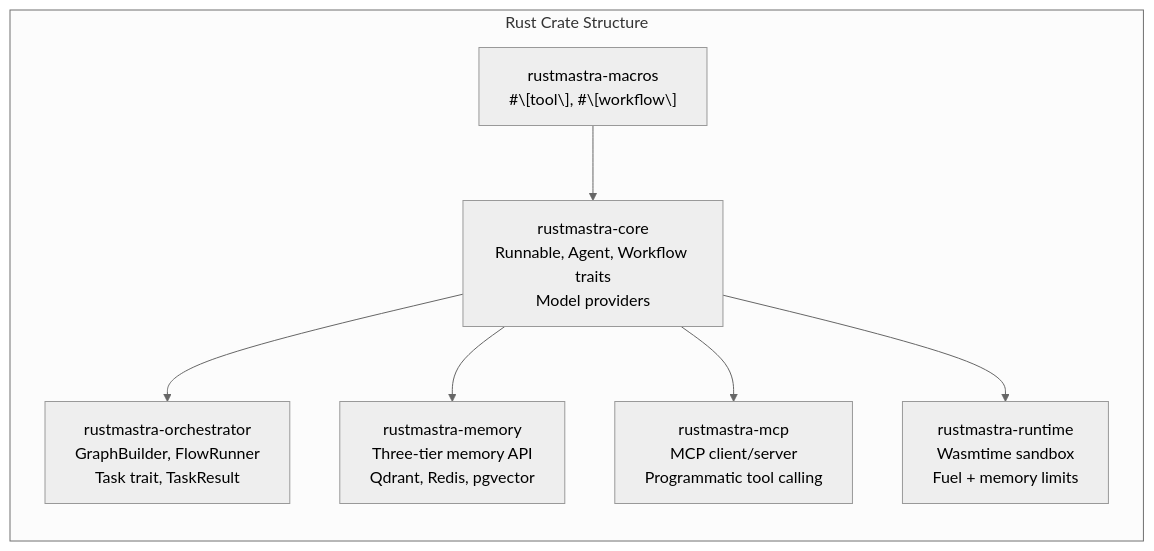
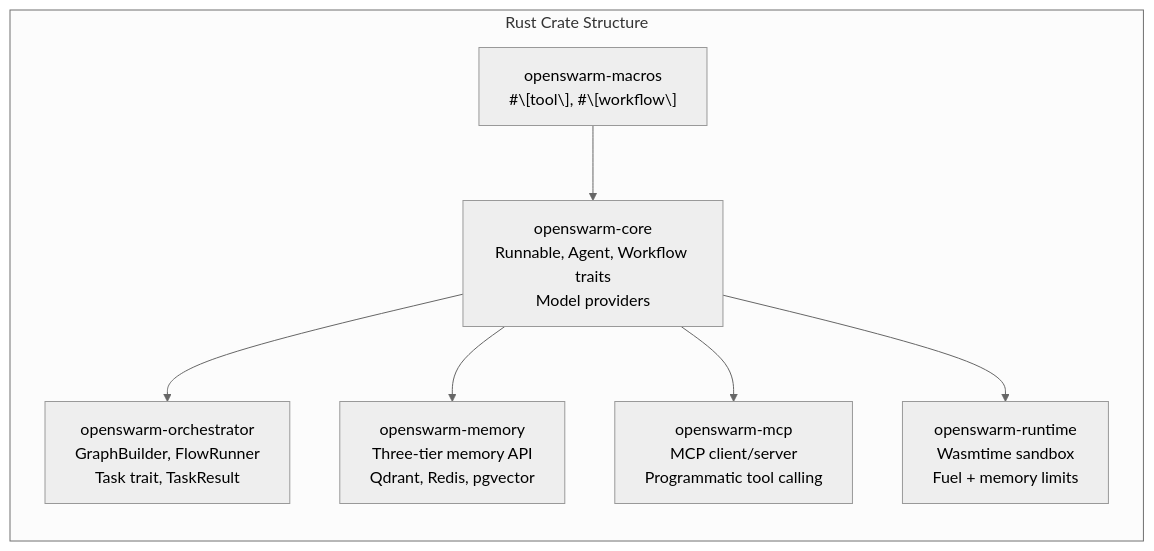
Before and after one commit to Van-Nice/van-swarm: the second of 3 diagrams in documentation/framework/workflows/01-overview-architecture.md, drawn with Mermaid (neutral theme). The commit also changed other lines of this file and 80 other files, not shown here.

````diff
--- a/documentation/framework/workflows/01-overview-architecture.md
+++ b/documentation/framework/workflows/01-overview-architecture.md
@@ -35,17 +35,17 @@
 ```mermaid
 graph LR
     subgraph RustCrates["Rust Crate Structure"]
-        core["rustmastra-core\nRunnable, Agent, Workflow traits\nModel providers"]
-        orch["rustmastra-orchestrator\nGraphBuilder, FlowRunner\nTask trait, TaskResult"]
-        mem["rustmastra-memory\nThree-tier memory API\nQdrant, Redis, pgvector"]
-        mcp["rustmastra-mcp\nMCP client/server\nProgrammatic tool calling"]
-        rt["rustmastra-runtime\nWasmtime sandbox\nFuel + memory limits"]
-        macros["rustmastra-macros\n#\[tool\], #\[workflow\]"]
+        core["openswarm-core\nRunnable, Agent, Workflow traits\nModel providers"]
+        orch["openswarm-orchestrator\nGraphBuilder, FlowRunner\nTask trait, TaskResult"]
+        mem["openswarm-memory\nThree-tier memory API\nQdrant, Redis, pgvector"]
+        mcp["openswarm-mcp\nMCP client/server\nProgrammatic tool calling"]
+        rt["openswarm-runtime\nWasmtime sandbox\nFuel + memory limits"]
+        macros["openswarm-macros\n#\[tool\], #\[workflow\]"]
     end
 
     core --> orch
     core --> mem
     core --> mcp
     core --> rt
     macros --> core
 ```
````
